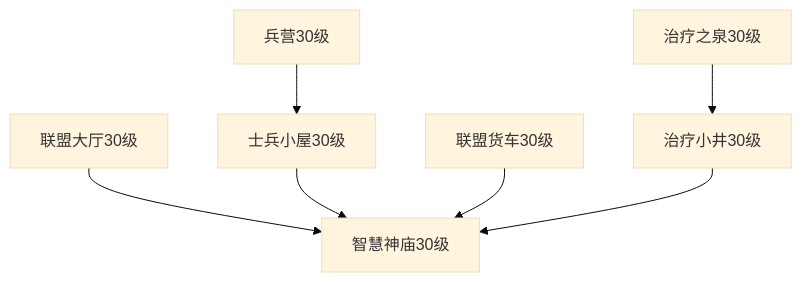
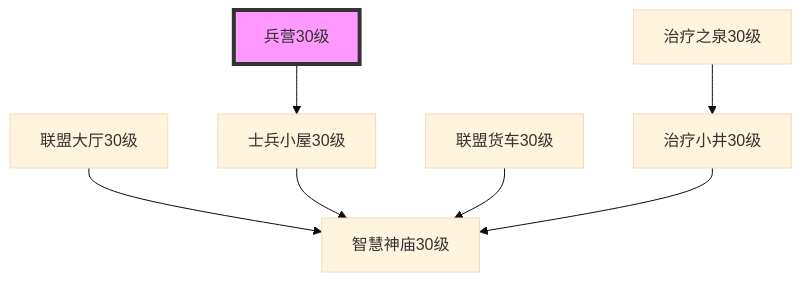
Before and after one commit to ruoqiwan/Joy: the diagram in _posts/2023-05-09-build.md, drawn with Mermaid (base theme). The commit also changed other lines of this file, not shown here.

```diff
--- a/_posts/2023-05-09-build.md
+++ b/_posts/2023-05-09-build.md
@@ -14,18 +14,18 @@
 <div class="mermaid">
   graph TD
     A-->H
 	B-->C
 	C-->H
 	D-->H
 	E-->F
     F-->H
 	
 	A[联盟大厅30级]
 	B[兵营30级]
 	C[士兵小屋30级]
 	D[联盟货车30级]
 	E[治疗之泉30级]
 	F[治疗小井30级]
     H[智慧神庙30级]
-	
+	style B fill:#f9f,stroke:#333,stroke-width:4px,font-family:Arial;
 </div>
```
